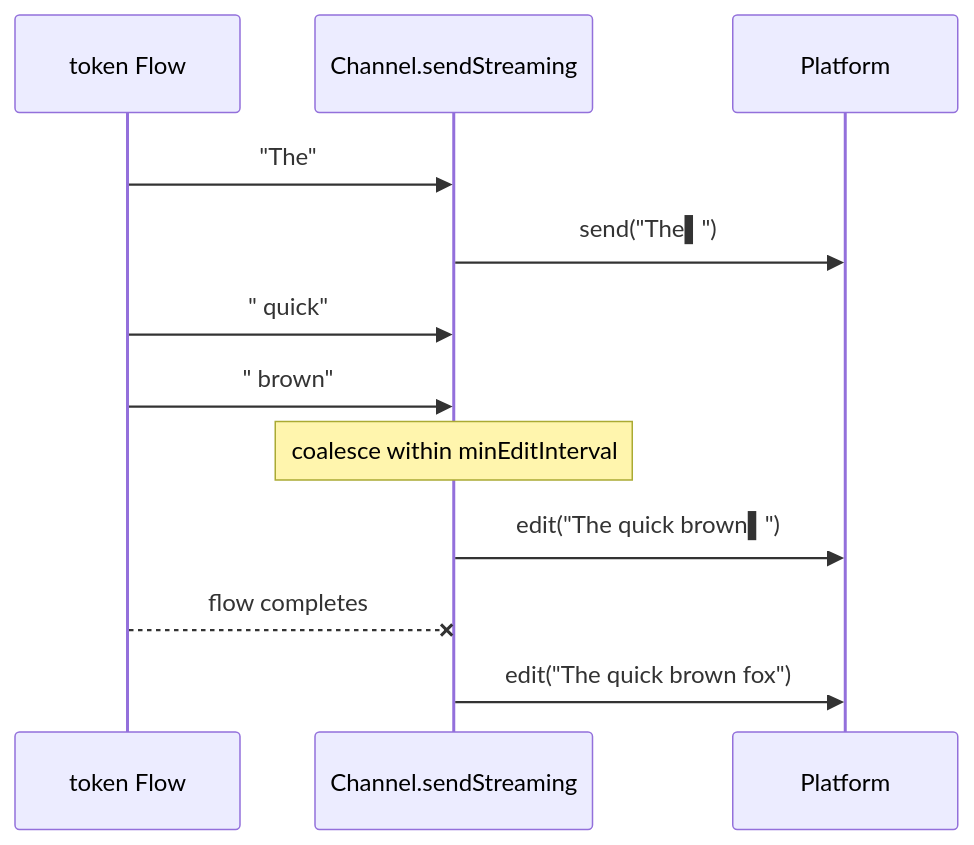
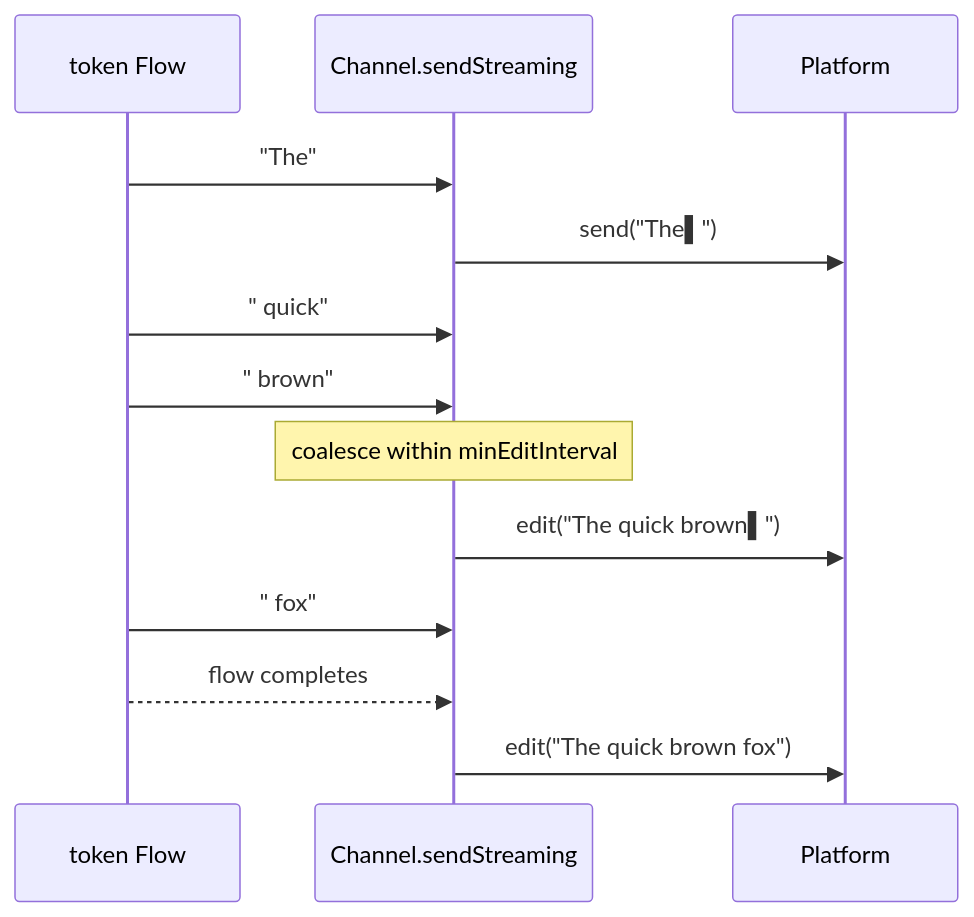
One commit to inemtsev/kurier changed the second of 3 diagrams in README.md. Above: the diagram before and after it, drawn with Mermaid. The commit also changed other lines of this file and 1 other file, not shown here.

First line of the commit message:
Correct README diagrams and a stale FakeAdapter comment

````diff
--- a/README.md
+++ b/README.md
@@ -202,14 +202,15 @@
 ```mermaid
 sequenceDiagram
     participant LLM as token Flow
     participant CH as Channel.sendStreaming
     participant P as Platform
     LLM->>CH: "The"
     CH->>P: send("The▌")
     LLM->>CH: " quick"
     LLM->>CH: " brown"
     Note over CH: coalesce within minEditInterval
     CH->>P: edit("The quick brown▌")
-    LLM--xCH: flow completes
+    LLM->>CH: " fox"
+    LLM-->>CH: flow completes
     CH->>P: edit("The quick brown fox")
 ```
````
